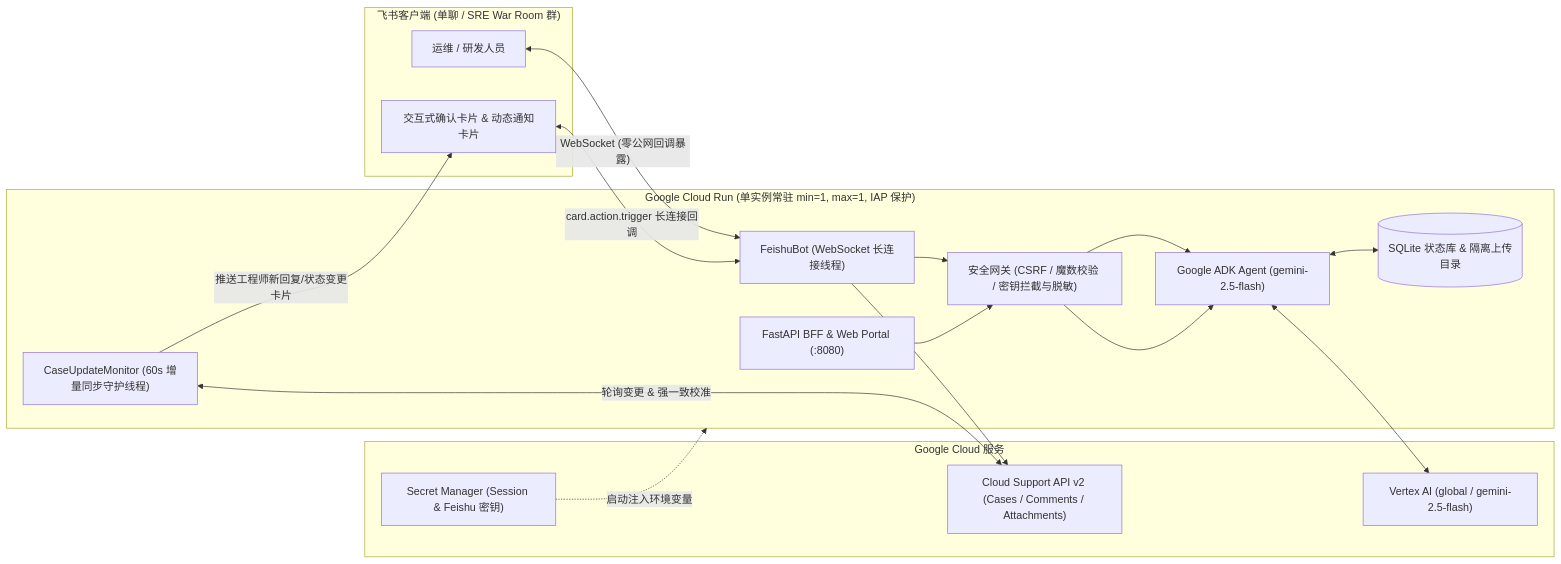
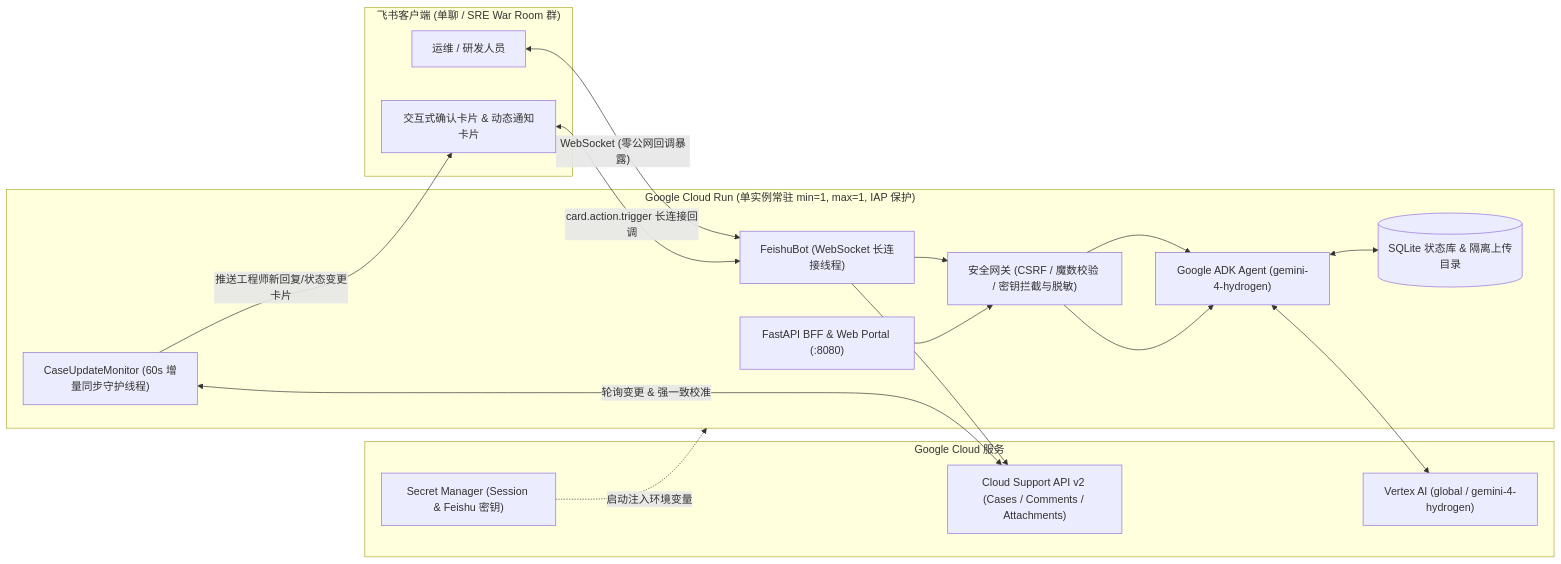
The diagram in docs/DEPLOYMENT_GUIDE_ZH.md (FrankieCheng/gcp-cases-agents), drawn with Mermaid before and after one commit. The commit also changed other lines of this file and 6 other files, not shown here.

Commit message:
chore: set default Gemini model to gemini-4-hydrogen and sync docs

````diff
--- a/docs/DEPLOYMENT_GUIDE_ZH.md
+++ b/docs/DEPLOYMENT_GUIDE_ZH.md
@@ -9,33 +9,33 @@
 ```mermaid
 flowchart LR
     subgraph Feishu["飞书客户端 (单聊 / SRE War Room 群)"]
         U["运维 / 研发人员"]
         Card["交互式确认卡片 & 动态通知卡片"]
     end
 
     subgraph CloudRun["Google Cloud Run (单实例常驻 min=1, max=1, IAP 保护)"]
         WS["FeishuBot (WebSocket 长连接线程)"]
         API["FastAPI BFF & Web Portal (:8080)"]
         Mon["CaseUpdateMonitor (60s 增量同步守护线程)"]
-        Agent["Google ADK Agent (gemini-2.5-flash)"]
+        Agent["Google ADK Agent (gemini-4-hydrogen)"]
         Sec["安全网关 (CSRF / 魔数校验 / 密钥拦截与脱敏)"]
         DB[("SQLite 状态库 & 隔离上传目录")]
     end
 
     subgraph GCP["Google Cloud 服务"]
-        Vertex["Vertex AI (global / gemini-2.5-flash)"]
+        Vertex["Vertex AI (global / gemini-4-hydrogen)"]
         Support["Cloud Support API v2 (Cases / Comments / Attachments)"]
         SM["Secret Manager (Session & Feishu 密钥)"]
     end
 
     U <-->|"WebSocket (零公网回调暴露)"| WS
     Card <-->|"card.action.trigger 长连接回调"| WS
     WS --> Sec --> Agent
     API --> Sec --> Agent
     Agent <--> Vertex
     Agent <--> DB
     WS --> Support
     Mon <-->|"轮询变更 & 强一致校准"| Support
     Mon -->|"推送工程师新回复/状态变更卡片"| Card
     SM -.->|"启动注入环境变量"| CloudRun
 ```
````
